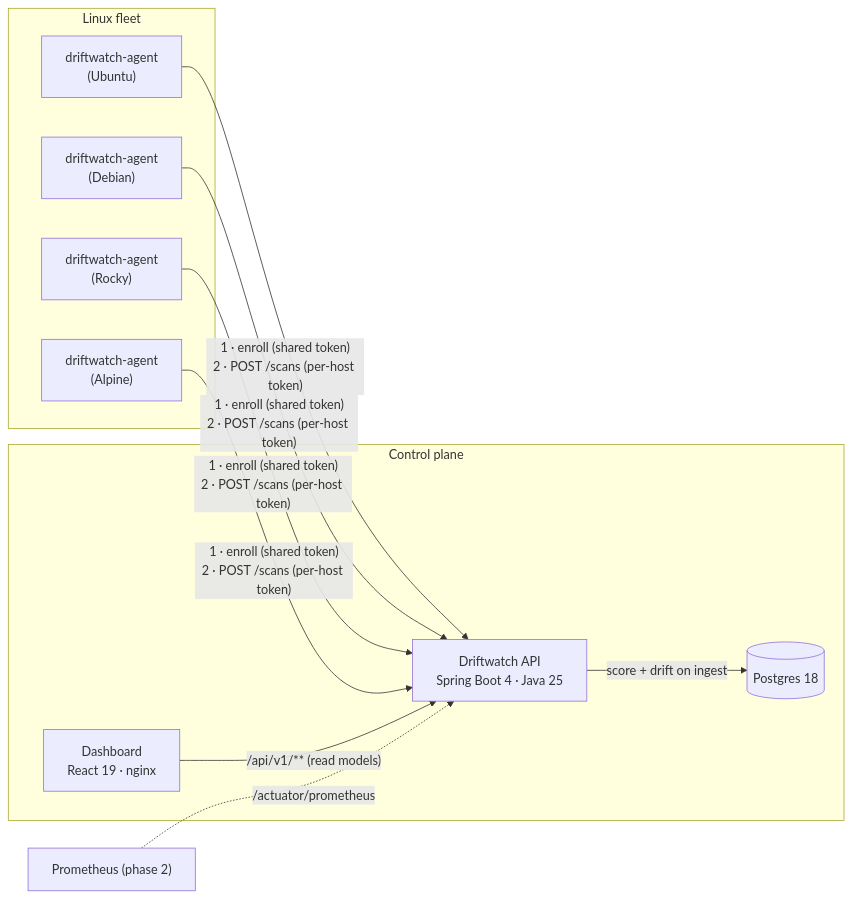
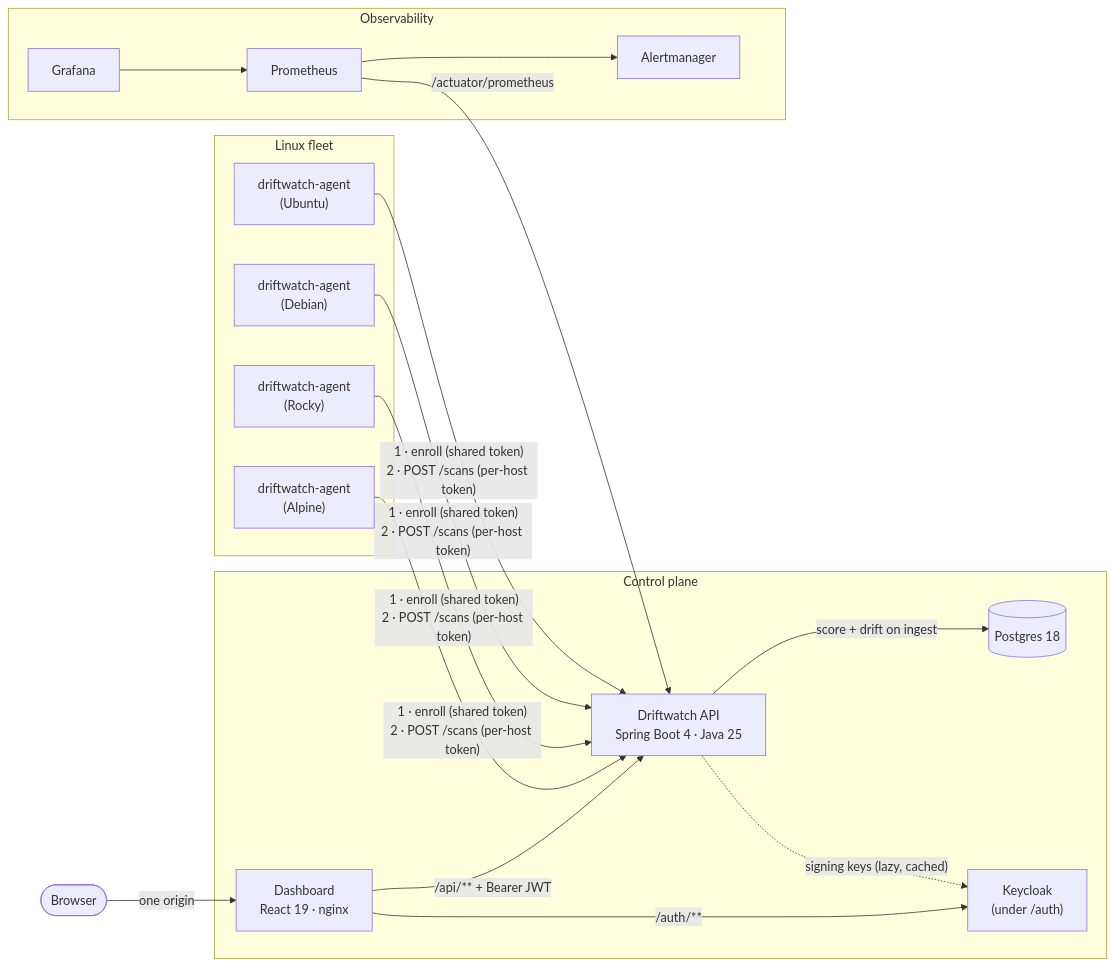
One commit to TahaUsama210/driftwatch changed the diagram in docs/ARCHITECTURE.md. Above: the diagram before and after it, drawn with Mermaid. The commit also changed other lines of this file and 6 other files, not shown here.

````diff
--- a/docs/ARCHITECTURE.md
+++ b/docs/ARCHITECTURE.md
@@ -5,20 +5,34 @@
 ```mermaid
 flowchart LR
     subgraph Fleet["Linux fleet"]
         A1["driftwatch-agent<br/>(Ubuntu)"]
         A2["driftwatch-agent<br/>(Debian)"]
         A3["driftwatch-agent<br/>(Rocky)"]
         A4["driftwatch-agent<br/>(Alpine)"]
     end
 
+    Browser(["Browser"])
+
     subgraph Control["Control plane"]
+        WEB["Dashboard<br/>React 19 · nginx"]
+        KC["Keycloak<br/>(under /auth)"]
         API["Driftwatch API<br/>Spring Boot 4 · Java 25"]
         DB[("Postgres 18")]
-        WEB["Dashboard<br/>React 19 · nginx"]
+    end
+
+    subgraph Obs["Observability"]
+        Prom["Prometheus"]
+        AM["Alertmanager"]
+        Graf["Grafana"]
     end
 
     A1 & A2 & A3 & A4 -- "1 · enroll (shared token)<br/>2 · POST /scans (per-host token)" --> API
+    Browser -- "one origin" --> WEB
+    WEB -- "/auth/**" --> KC
+    WEB -- "/api/** + Bearer JWT" --> API
+    API -. "signing keys (lazy, cached)" .-> KC
     API -- "score + drift on ingest" --> DB
-    WEB -- "/api/v1/** (read models)" --> API
-    Prom["Prometheus (phase 2)"] -. "/actuator/prometheus" .-> API
+    Prom -- "/actuator/prometheus" --> API
+    Prom --> AM
+    Graf --> Prom
 ```
````
